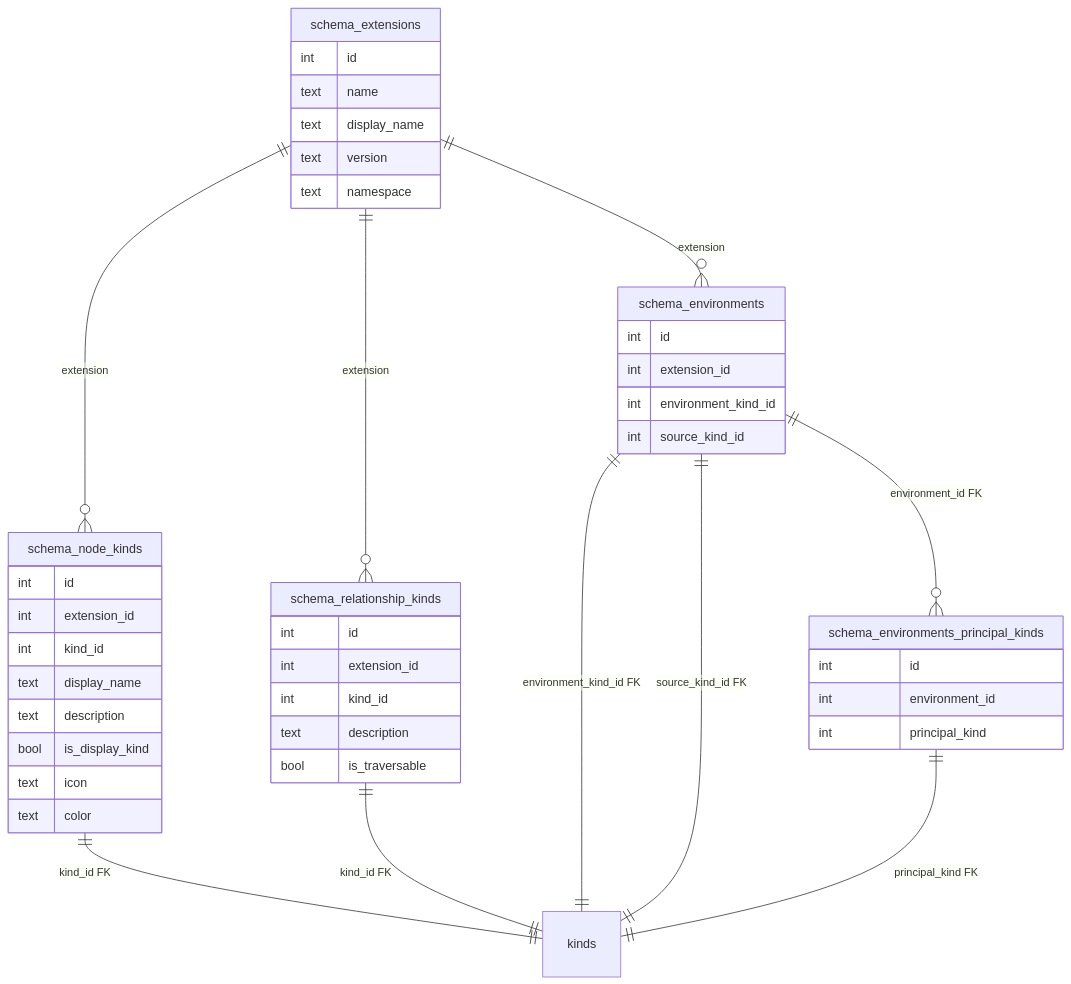
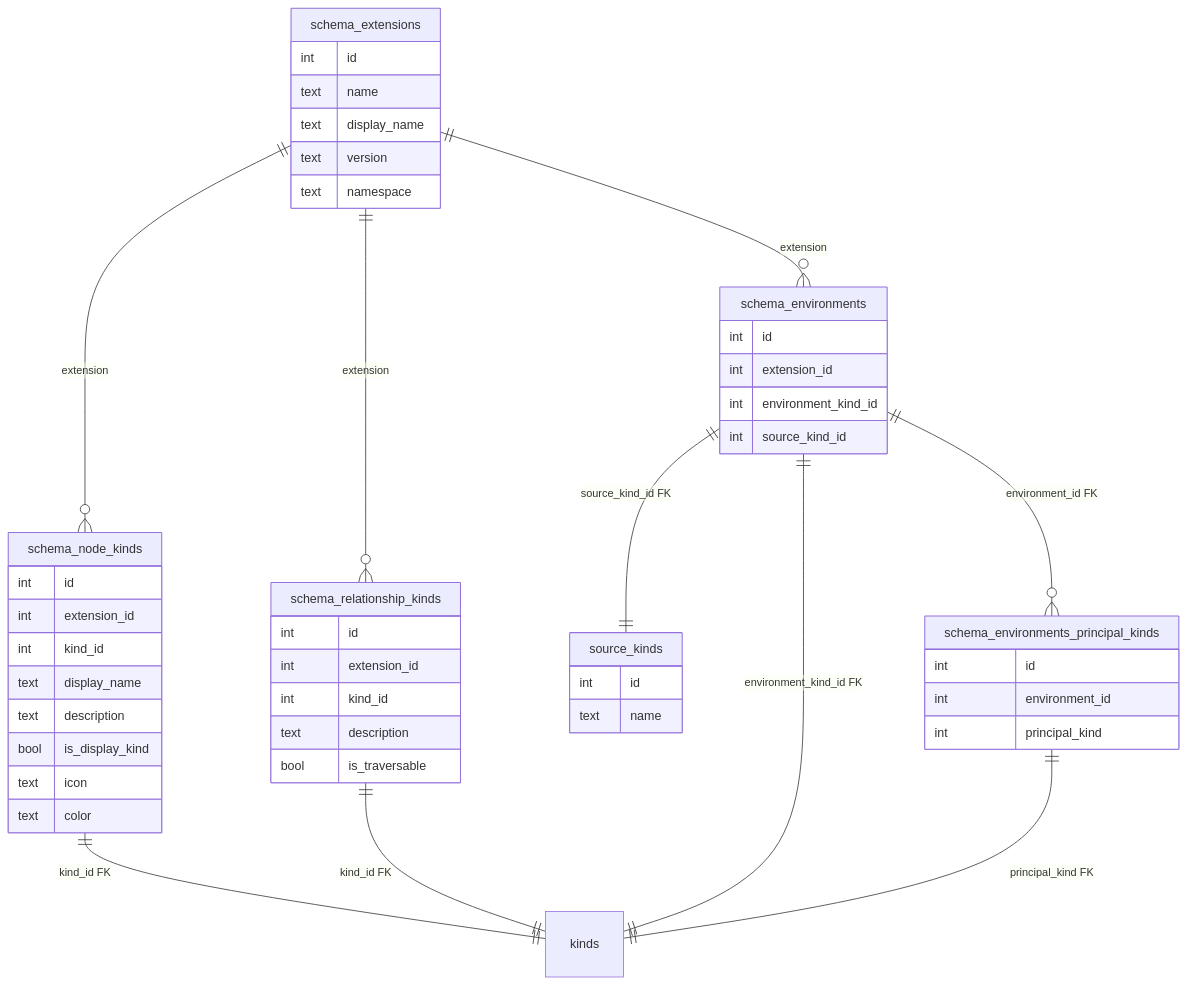
The diagram in rfc/bh-rfc-4.md (SpecterOps/BloodHound), drawn with Mermaid before and after one commit. The commit also changed other lines of this file, not shown here.

Commit message:
chore: update table relationship for source_kinds chore: add json example

````diff
--- a/rfc/bh-rfc-4.md
+++ b/rfc/bh-rfc-4.md
@@ -125,53 +125,58 @@
 ```mermaid
 erDiagram
     schema_extensions ||--o{ schema_node_kinds : "extension"
     schema_extensions ||--o{ schema_relationship_kinds : "extension"
     schema_extensions ||--o{ schema_environments : "extension"
 
     schema_node_kinds ||--|| kinds : "kind_id FK"
     schema_relationship_kinds ||--|| kinds : "kind_id FK"
     schema_environments ||--|| kinds : "environment_kind_id FK"
-    schema_environments ||--|| kinds : "source_kind_id FK"
+    schema_environments ||--|| source_kinds : "source_kind_id FK"
     schema_environments ||--o{ schema_environments_principal_kinds : "environment_id FK"
     schema_environments_principal_kinds ||--|| kinds : "principal_kind FK"
 
     schema_extensions {
         int id
         text name
         text display_name
         text version
         text namespace
     }
 
     schema_node_kinds {
         int id
         int extension_id
         int kind_id
         text display_name
         text description
         bool is_display_kind
         text icon
         text color
     }
 
     schema_relationship_kinds {
         int id
         int extension_id
         int kind_id
         text description
         bool is_traversable
     }
 
     schema_environments {
         int id
         int extension_id
         int environment_kind_id
         int source_kind_id
     }
 
     schema_environments_principal_kinds {
         int id
         int environment_id
         int principal_kind
     }
+    
+    source_kinds {
+        int id
+        text name
+    }
 ```
````
